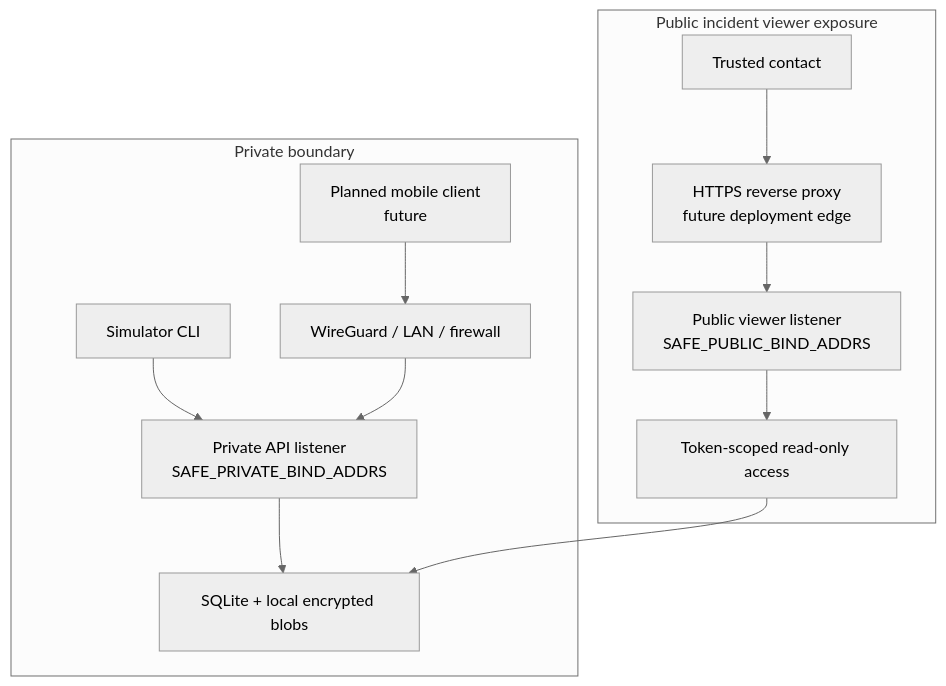
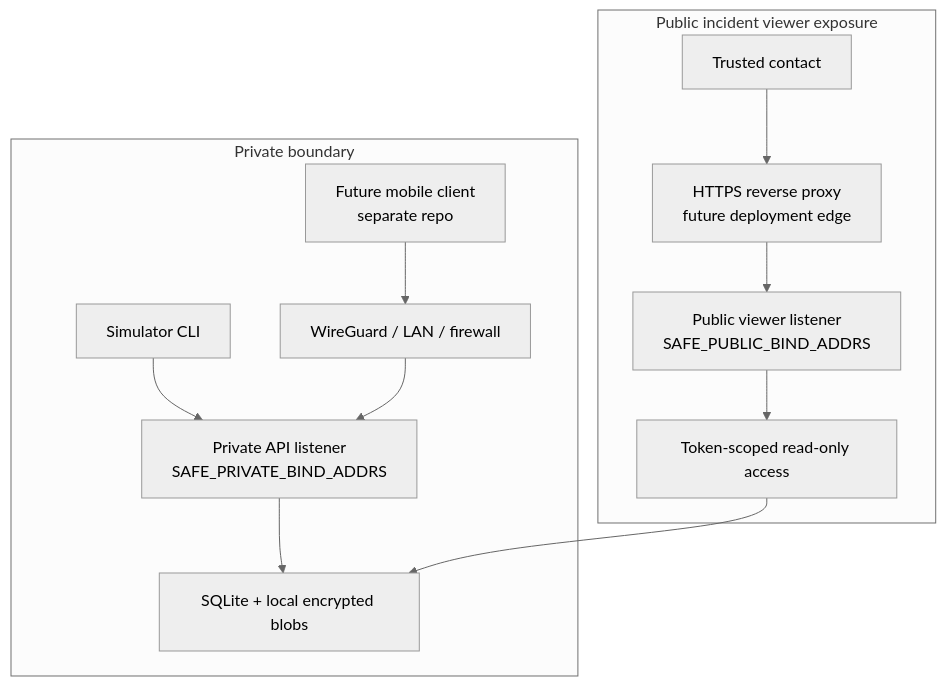
Before and after one commit to open-proofline/server: the second of 4 diagrams in docs/architecture.md, drawn with Mermaid (neutral theme). The commit also changed other lines of this file, not shown here.

Commit message:
Clarify server role in architecture docs

````diff
--- a/docs/architecture.md
+++ b/docs/architecture.md
@@ -42,16 +70,16 @@
 ```mermaid
 flowchart TB
     subgraph PrivateNetwork["Private boundary"]
-        FuturePhone["Planned mobile client<br/>future"] --> WireGuard["WireGuard / LAN / firewall"]
+        FuturePhone["Future mobile client<br/>separate repo"] --> WireGuard["WireGuard / LAN / firewall"]
         Simulator["Simulator CLI"] --> PrivateListener["Private API listener<br/>SAFE_PRIVATE_BIND_ADDRS"]
         WireGuard --> PrivateListener
         PrivateListener --> Storage["SQLite + local encrypted blobs"]
     end
 
     subgraph PublicEdge["Public incident viewer exposure"]
         TrustedContact["Trusted contact"] --> HTTPS["HTTPS reverse proxy<br/>future deployment edge"]
         HTTPS --> PublicListener["Public viewer listener<br/>SAFE_PUBLIC_BIND_ADDRS"]
         PublicListener --> ReadOnly["Token-scoped read-only access"]
         ReadOnly --> Storage
     end
 ```
````
